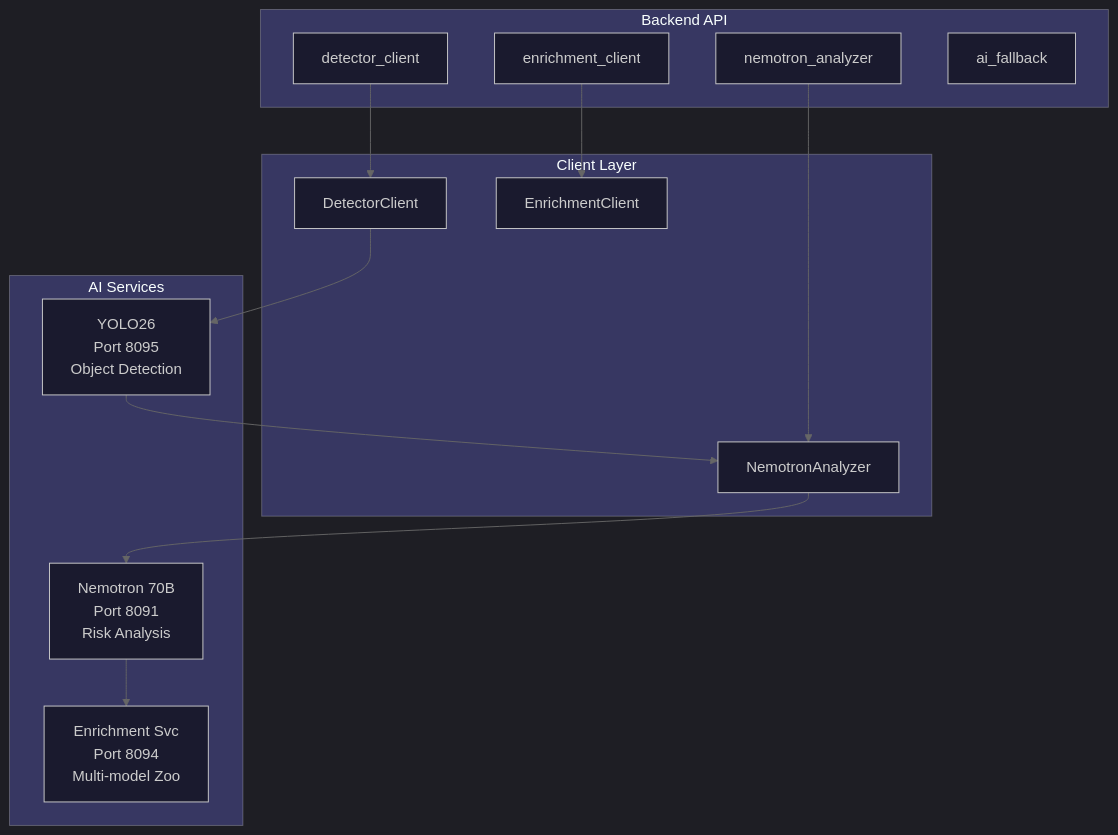
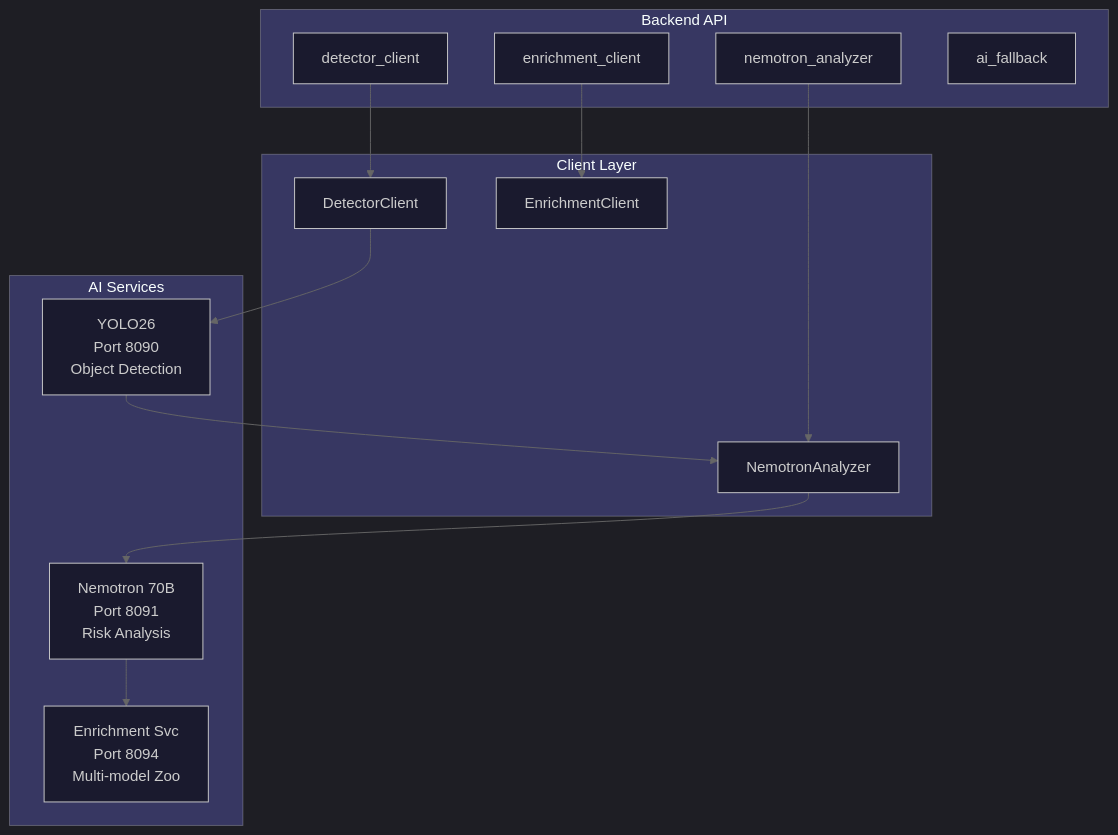
Before and after one commit to mikesvoboda/nemotron-v3-home-security-intelligence: the diagram in docs/architecture/ai-orchestration/README.md, drawn with Mermaid. The commit also changed other lines of this file and 1 other file, not shown here.

First line of the commit message:
docs: convert ASCII diagrams to mermaid in AI pipeline docs (NEM-4025)

````diff
--- a/docs/architecture/ai-orchestration/README.md
+++ b/docs/architecture/ai-orchestration/README.md
@@ -16,43 +16,43 @@
 ```mermaid
 %%{init: {
   'theme': 'dark',
   'themeVariables': {
     'primaryColor': '#3B82F6',
     'primaryTextColor': '#FFFFFF',
     'primaryBorderColor': '#60A5FA',
     'secondaryColor': '#A855F7',
     'tertiaryColor': '#009688',
     'background': '#121212',
     'mainBkg': '#1a1a2e',
     'lineColor': '#666666'
   }
 }}%%
 flowchart TB
     subgraph Backend["Backend API"]
         DC[detector_client]
         NA[nemotron_analyzer]
         EC[enrichment_client]
         AF[ai_fallback]
     end
 
     subgraph Clients["Client Layer"]
         DCL[DetectorClient]
         NAL[NemotronAnalyzer]
         ECL[EnrichmentClient]
     end
 
     subgraph AI["AI Services"]
-        YOLO["YOLO26<br/>Port 8095<br/>Object Detection"]
+        YOLO["YOLO26<br/>Port 8090<br/>Object Detection"]
         NEM["Nemotron 70B<br/>Port 8091<br/>Risk Analysis"]
         ENR["Enrichment Svc<br/>Port 8094<br/>Multi-model Zoo"]
     end
 
     DC --> DCL
     NA --> NAL
     EC --> ECL
 
     DCL --> YOLO
     YOLO --> NAL
     NAL --> NEM
     NEM --> ENR
 ```
````
